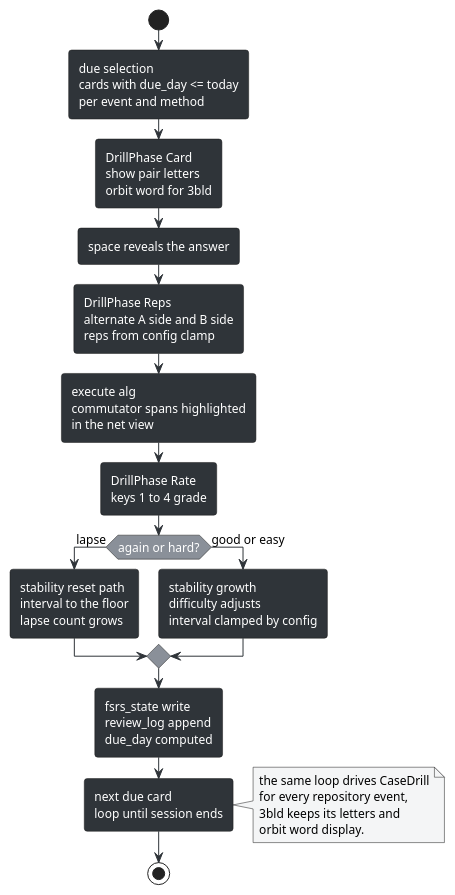
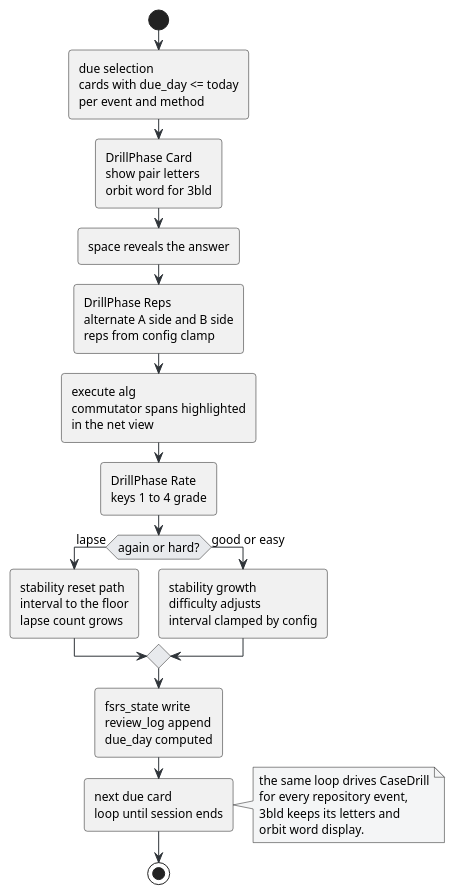
The diagram in docs/diagrams/07-drill-flow.puml (lavantien/blind-trainer), drawn with PlantUML before and after one commit. The commit also changed 19 other files, not shown here.

Commit message:
docs(diagrams): render every diagram in the light theme

```diff
--- a/docs/diagrams/07-drill-flow.puml
+++ b/docs/diagrams/07-drill-flow.puml
@@ -1,32 +1,30 @@
 @startuml 07-drill-flow
 skinparam backgroundColor #FFFFFF
 skinparam defaultFontName Segoe UI
 skinparam defaultFontSize 12
 skinparam roundCorner 6
 skinparam ArrowColor #2f3439
-skinparam ActivityBackgroundColor #2f3439
-skinparam ActivityFontColor #FFFFFF
-skinparam ActivityDiamondBackgroundColor #8a9099
+skinparam ActivityDiamondBackgroundColor #e8eaed
 skinparam NoteBackgroundColor #f4f5f6
 start
 :due selection\ncards with due_day <= today\nper event and method;
 :DrillPhase Card\nshow pair letters\norbit word for 3bld;
 :space reveals the answer;
 :DrillPhase Reps\nalternate A side and B side\nreps from config clamp;
 :execute alg\ncommutator spans highlighted\nin the net view;
 :DrillPhase Rate\nkeys 1 to 4 grade;
 if (again or hard?) then (lapse)
   :stability reset path\ninterval to the floor\nlapse count grows;
 else (good or easy)
   :stability growth\ndifficulty adjusts\ninterval clamped by config;
 endif
 :fsrs_state write\nreview_log append\ndue_day computed;
 :next due card\nloop until session ends;
 note right
   the same loop drives CaseDrill
   for every repository event,
   3bld keeps its letters and
   orbit word display.
 end note
 stop
 @enduml
```
